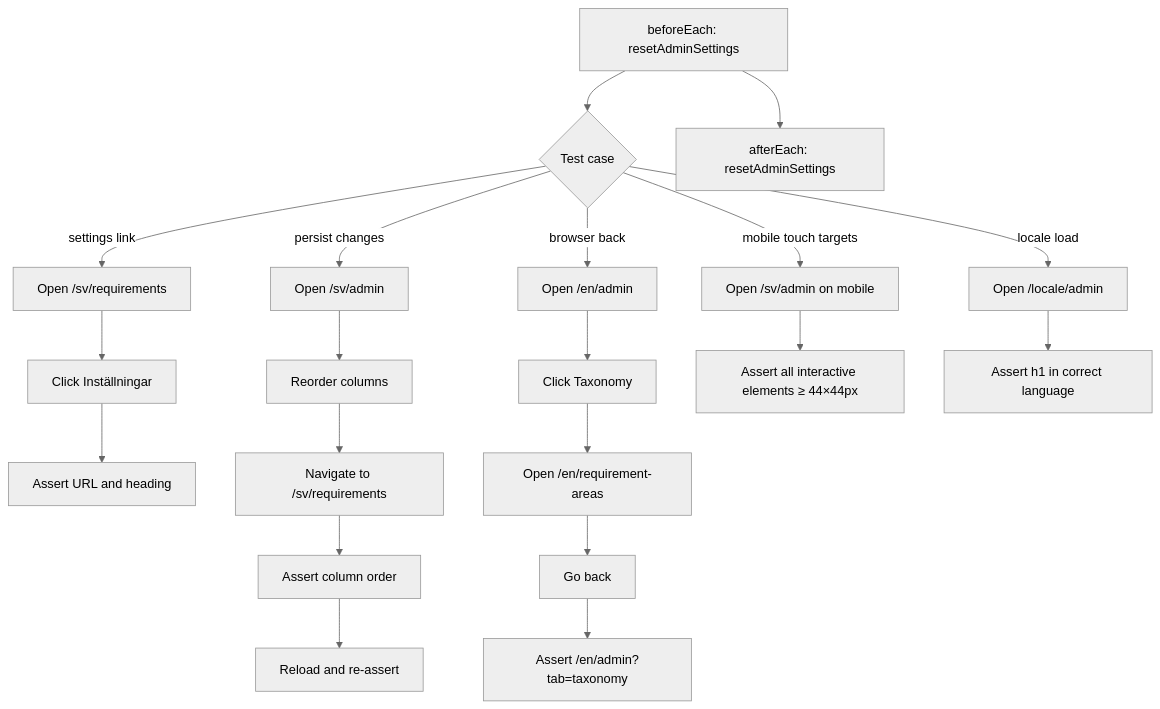
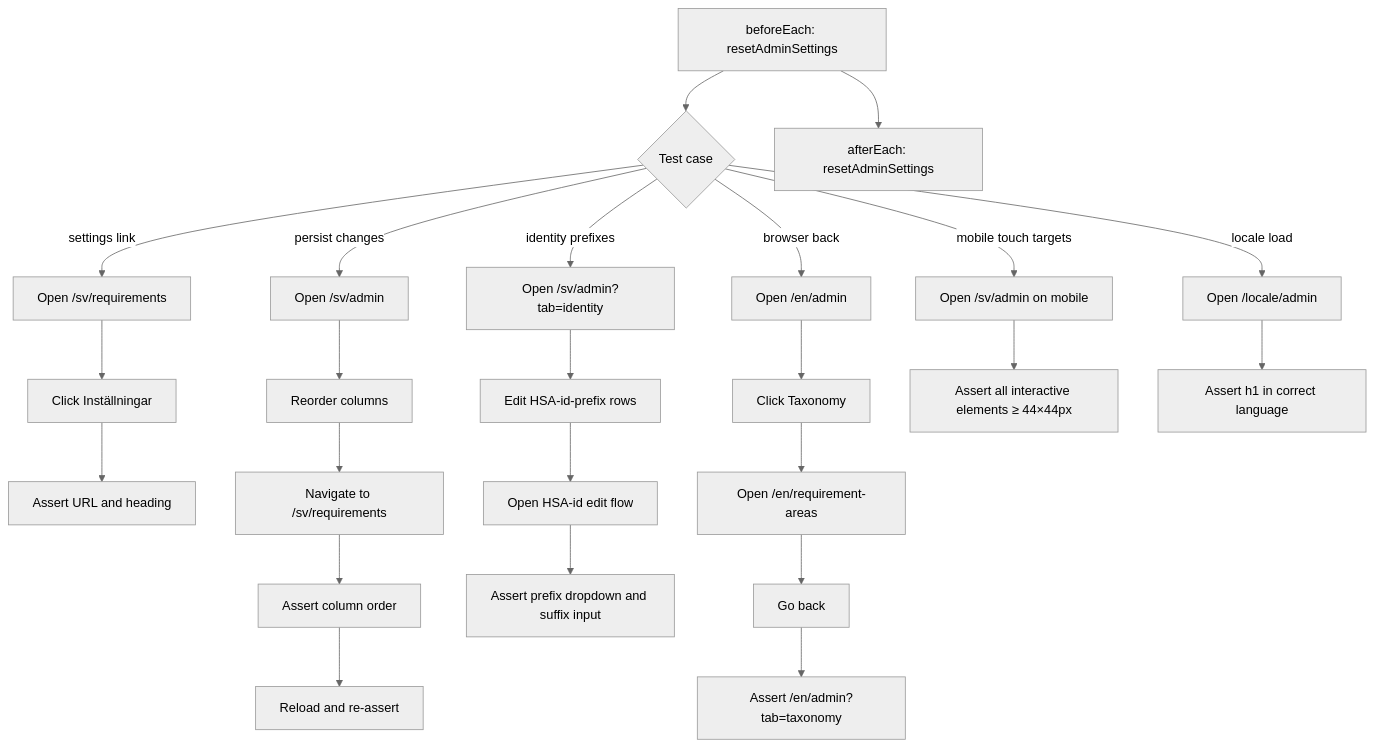
Before and after one commit to viscalyx/Kravhantering: the first of 8 diagrams in tests/integration/admin-entrypoint.md, drawn with Mermaid (neutral theme). The commit also changed other lines of this file and 103 other files, not shown here.

````diff
--- a/tests/integration/admin-entrypoint.md
+++ b/tests/integration/admin-entrypoint.md
@@ -23,22 +25,26 @@
 ```mermaid
 flowchart TD
     A[beforeEach: resetAdminSettings] --> B{Test case}
     B -- settings link --> C[Open /sv/requirements]
     C --> D[Click Inställningar]
     D --> E[Assert URL and heading]
     B -- persist changes --> F[Open /sv/admin]
     F --> H[Reorder columns]
     H --> I[Navigate to /sv/requirements]
     I --> K[Assert column order]
     K --> L[Reload and re-assert]
+    B -- identity prefixes --> W[Open /sv/admin?tab=identity]
+    W --> X[Edit HSA-id-prefix rows]
+    X --> Y[Open HSA-id edit flow]
+    Y --> Z[Assert prefix dropdown and suffix input]
     B -- browser back --> M[Open /en/admin]
     M --> N[Click Taxonomy]
     N --> O[Open /en/requirement-areas]
     O --> P[Go back]
     P --> Q[Assert /en/admin?tab=taxonomy]
     B -- mobile touch targets --> R[Open /sv/admin on mobile]
     R --> S[Assert all interactive elements ≥ 44×44px]
     B -- locale load --> T[Open /locale/admin]
     T --> U[Assert h1 in correct language]
     A --> V[afterEach: resetAdminSettings]
 ```
````
